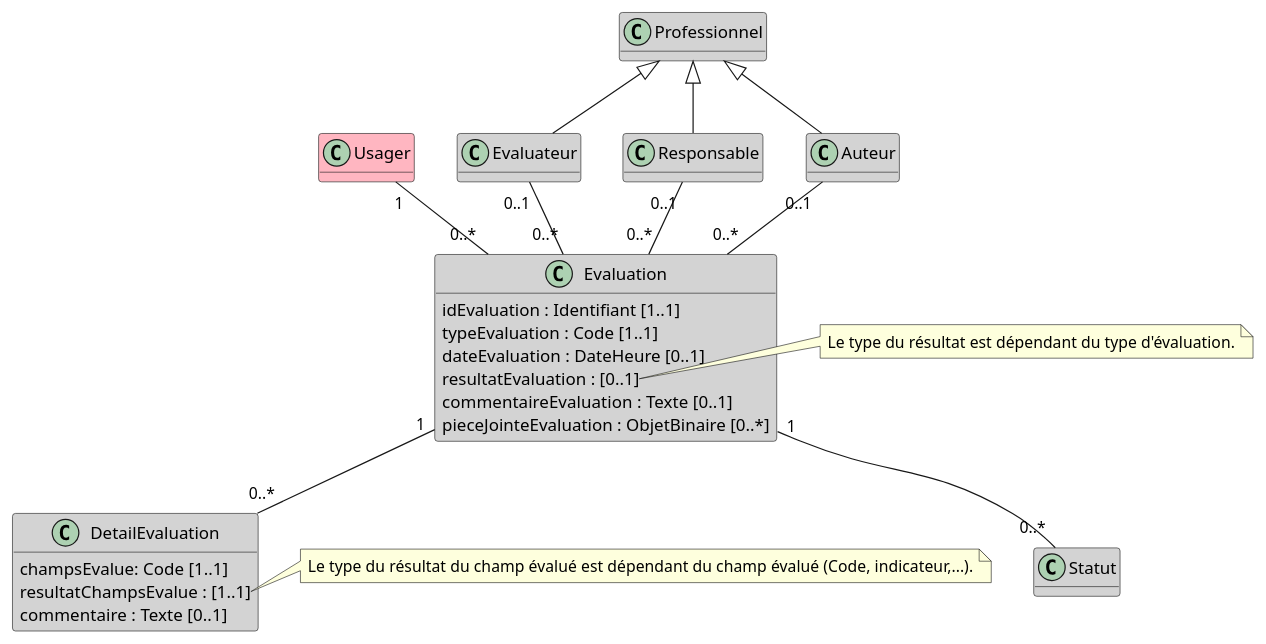
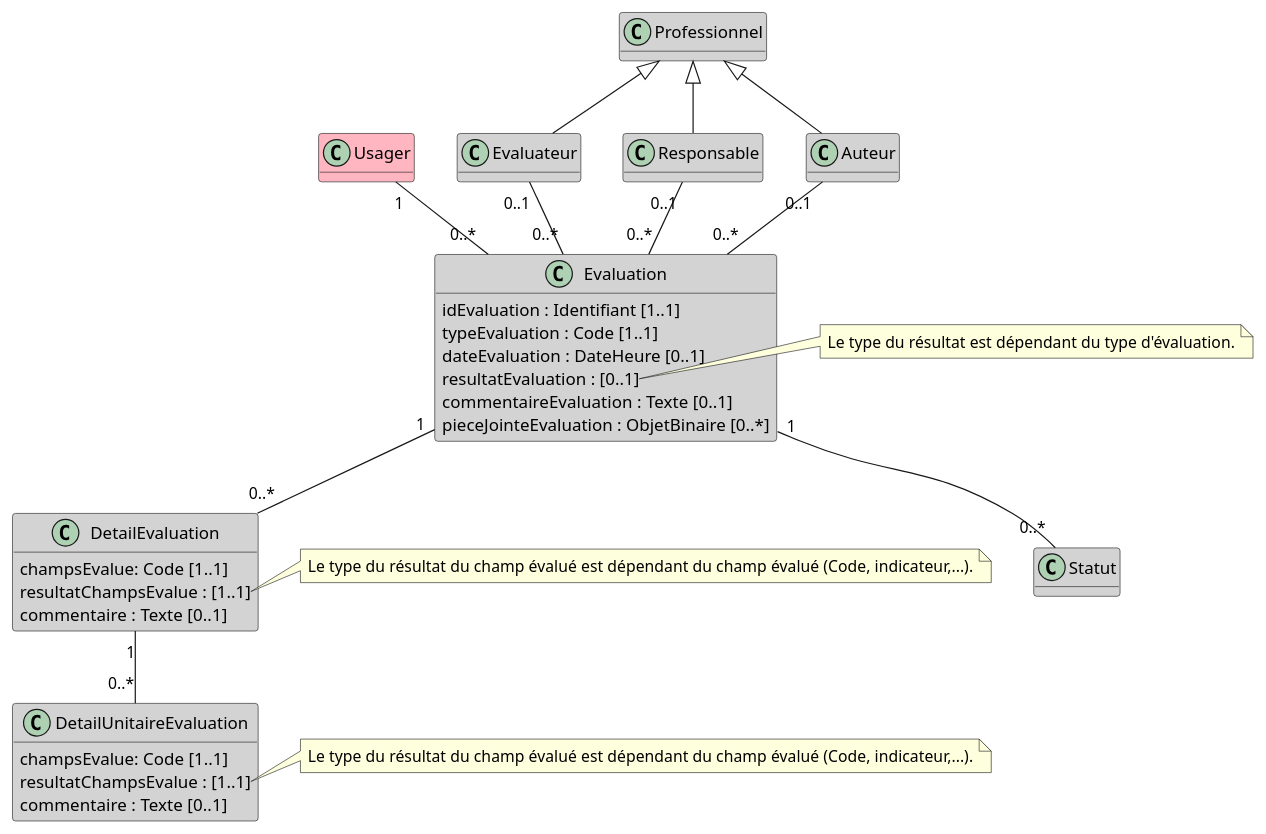
One commit to ansforge/IG-fhir-transfert-donnees-dui-esms changed the diagram in input/images-source/bloc_evaluation-grille.plantuml. Above: the diagram before and after it, drawn with PlantUML. The commit also changed 1 other file, not shown here.

Commit message:
DetailEvaluation

```diff
--- a/input/images-source/bloc_evaluation-grille.plantuml
+++ b/input/images-source/bloc_evaluation-grille.plantuml
@@ -1,50 +1,62 @@
 @startuml
 
 hide empty methods
 
 class Usager #LightPink
 
 class Evaluateur #LightGray
 
 class Responsable #LightGray
 
 class Auteur #LightGray
 
 class Professionnel #LightGray
 
 class Statut #LightGray
 
 class Evaluation #LightGray {
     idEvaluation : Identifiant [1..1]
     typeEvaluation : Code [1..1]
     dateEvaluation : DateHeure [0..1]
     resultatEvaluation : [0..1]
     commentaireEvaluation : Texte [0..1]
     pieceJointeEvaluation : ObjetBinaire [0..*]
 }
 
 note right of Evaluation::resultat
   Le type du résultat est dépendant du type d'évaluation.
 end note
 
 class DetailEvaluation #LightGray {
     champsEvalue: Code [1..1]
     resultatChampsEvalue : [1..1]
     commentaire : Texte [0..1]
 }
 
 note right of DetailEvaluation::resultatChampsEvalue
   Le type du résultat du champ évalué est dépendant du champ évalué (Code, indicateur,...).
 end note
 
+class DetailUnitaireEvaluation #LightGray {
+    champsEvalue: Code [1..1]
+    resultatChampsEvalue : [1..1]
+    commentaire : Texte [0..1]
+}
+
+note right of DetailUnitaireEvaluation::resultatChampsEvalue
+  Le type du résultat du champ évalué est dépendant du champ évalué (Code, indicateur,...).
+end note
+
 Professionnel <|-- Evaluateur
 Professionnel <|-- Responsable
 Professionnel <|-- Auteur
+
 Evaluateur "0..1" -- "0..*" Evaluation
 Responsable "0..1" -- "0..*" Evaluation
 Auteur "0..1" -- "0..*" Evaluation
 Usager "1" -- "0..*" Evaluation
 Evaluation "1" -- "0..*" DetailEvaluation
+DetailEvaluation "1" -- "0..*" DetailUnitaireEvaluation
 Evaluation "1" -- "0..*" Statut
 
 @enduml
```
